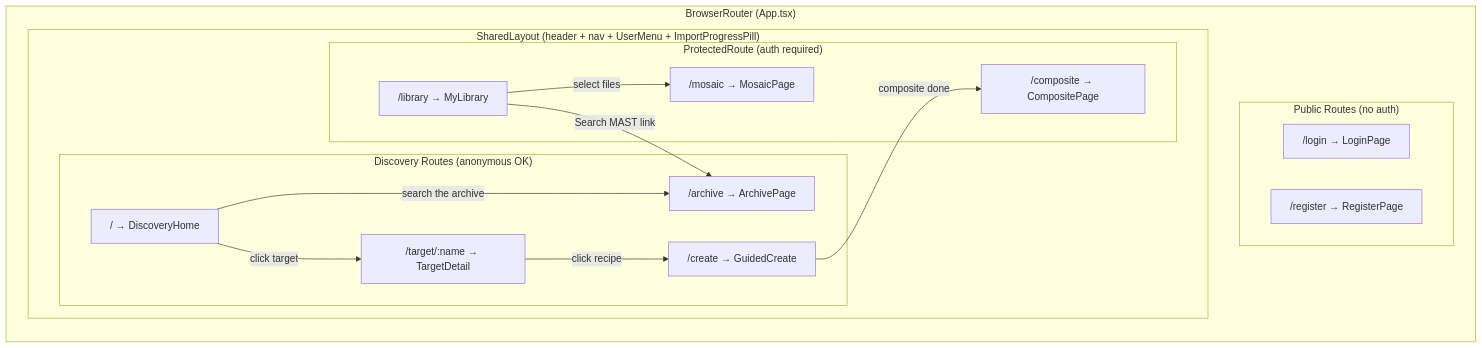
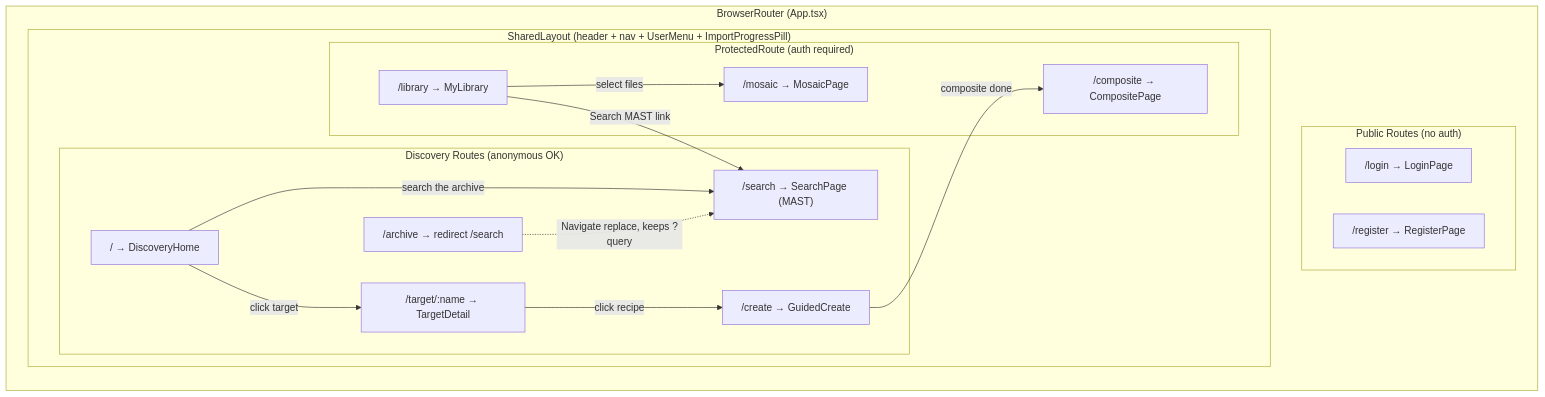
The first of 2 diagrams in docs/architecture/frontend-architecture.md (Snoww3d/jwst-data-analysis), drawn with Mermaid before and after one commit. The commit also changed other lines of this file and 36 other files, not shown here.

First line of the commit message:
feat: MAST search takes the nav Search slot; semantic search folds into My Library (#1884)

````diff
--- a/docs/architecture/frontend-architecture.md
+++ b/docs/architecture/frontend-architecture.md
@@ -7,33 +7,35 @@
 ```mermaid
 flowchart TB
     subgraph Router["BrowserRouter (App.tsx)"]
         direction TB
 
         subgraph Public["Public Routes (no auth)"]
             Login["/login → LoginPage"]
             Register["/register → RegisterPage"]
         end
 
         subgraph SharedLayout["SharedLayout (header + nav + UserMenu + ImportProgressPill)"]
             subgraph Discovery["Discovery Routes (anonymous OK)"]
                 Home["/ → DiscoveryHome"]
                 Target["/target/:name → TargetDetail"]
                 Create["/create → GuidedCreate"]
-                Archive["/archive → ArchivePage"]
+                Search["/search → SearchPage (MAST)"]
+                Archive["/archive → redirect /search"]
             end
 
             subgraph Protected["ProtectedRoute (auth required)"]
                 Library["/library → MyLibrary"]
                 Composite["/composite → CompositePage"]
                 Mosaic["/mosaic → MosaicPage"]
             end
         end
     end
 
     Home -->|click target| Target
-    Home -->|search the archive| Archive
+    Home -->|search the archive| Search
+    Archive -.->|Navigate replace, keeps ?query| Search
     Target -->|click recipe| Create
     Create -->|composite done| Composite
-    Library -->|Search MAST link| Archive
+    Library -->|Search MAST link| Search
     Library -->|select files| Mosaic
 ```
````
